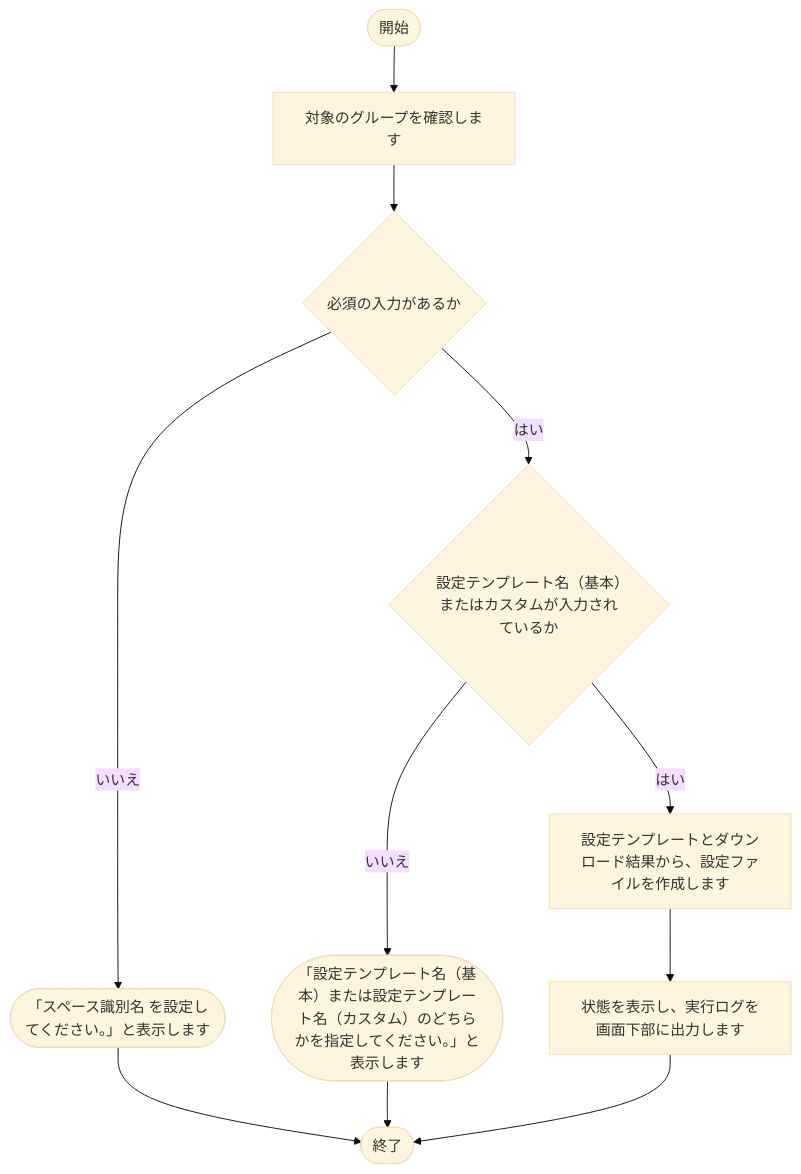
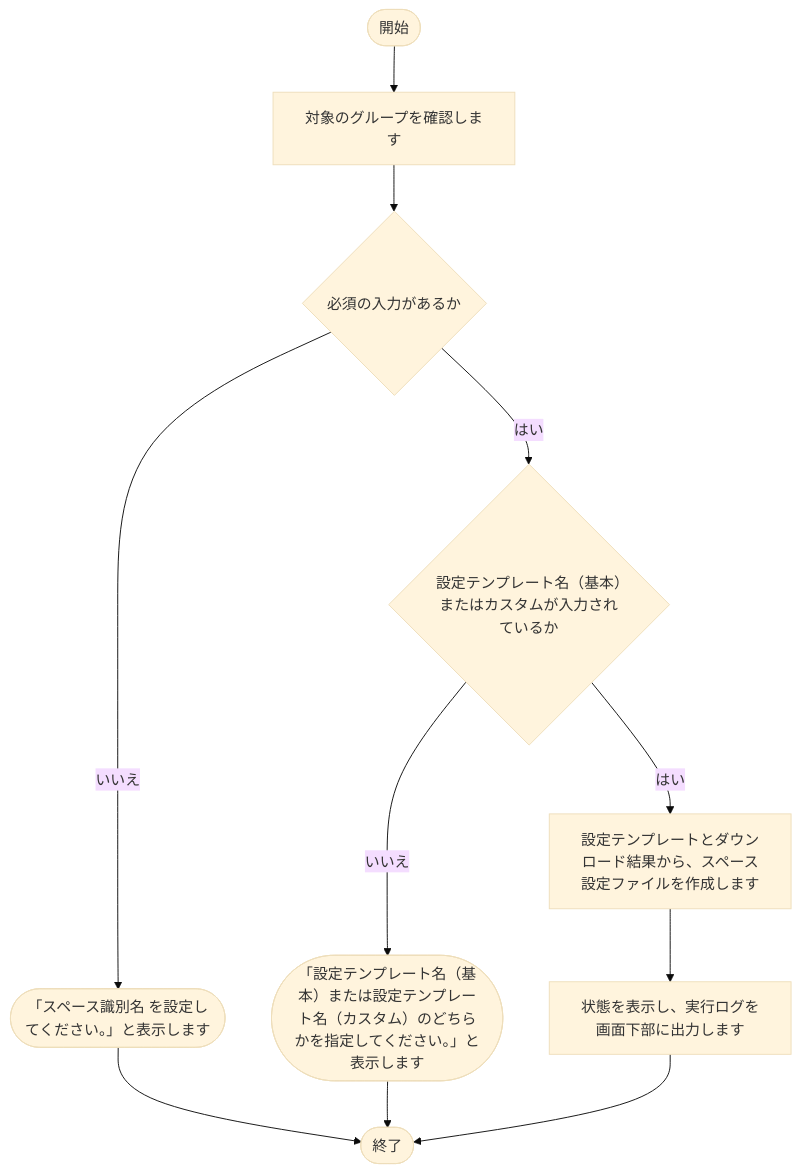
Before and after one commit to nishida2073/project_management: the fifth of 16 diagrams in tool/kintone-resourse-generator/doc/02_設計/処理フロー.md, drawn with Mermaid (base theme). The commit also changed other lines of this file and 7 other files, not shown here.

````diff
--- a/tool/kintone-resourse-generator/doc/02_設計/処理フロー.md
+++ b/tool/kintone-resourse-generator/doc/02_設計/処理フロー.md
@@ -173,22 +173,22 @@
 ```mermaid
 flowchart TD
     S(["開始"])
     E(["終了"])
     N1["対象のグループを確認します"]
     S --> N1
     N2{"必須の入力があるか"}
     X2(["「スペース識別名 を設定してください。」と表示します"])
     X2 --> E
     N2 -- いいえ --> X2
     N1 --> N2
     N3{"設定テンプレート名（基本）またはカスタムが入力されているか"}
     X3(["「設定テンプレート名（基本）または設定テンプレート名（カスタム）のどちらかを指定してください。」と表示します"])
     X3 --> E
     N3 -- いいえ --> X3
     N2 -- はい --> N3
-    N4["設定テンプレートとダウンロード結果から、設定ファイルを作成します"]
+    N4["設定テンプレートとダウンロード結果から、スペース設定ファイルを作成します"]
     N3 -- はい --> N4
     N5["状態を表示し、実行ログを画面下部に出力します"]
     N4 --> N5
     N5 --> E
 ```
````
